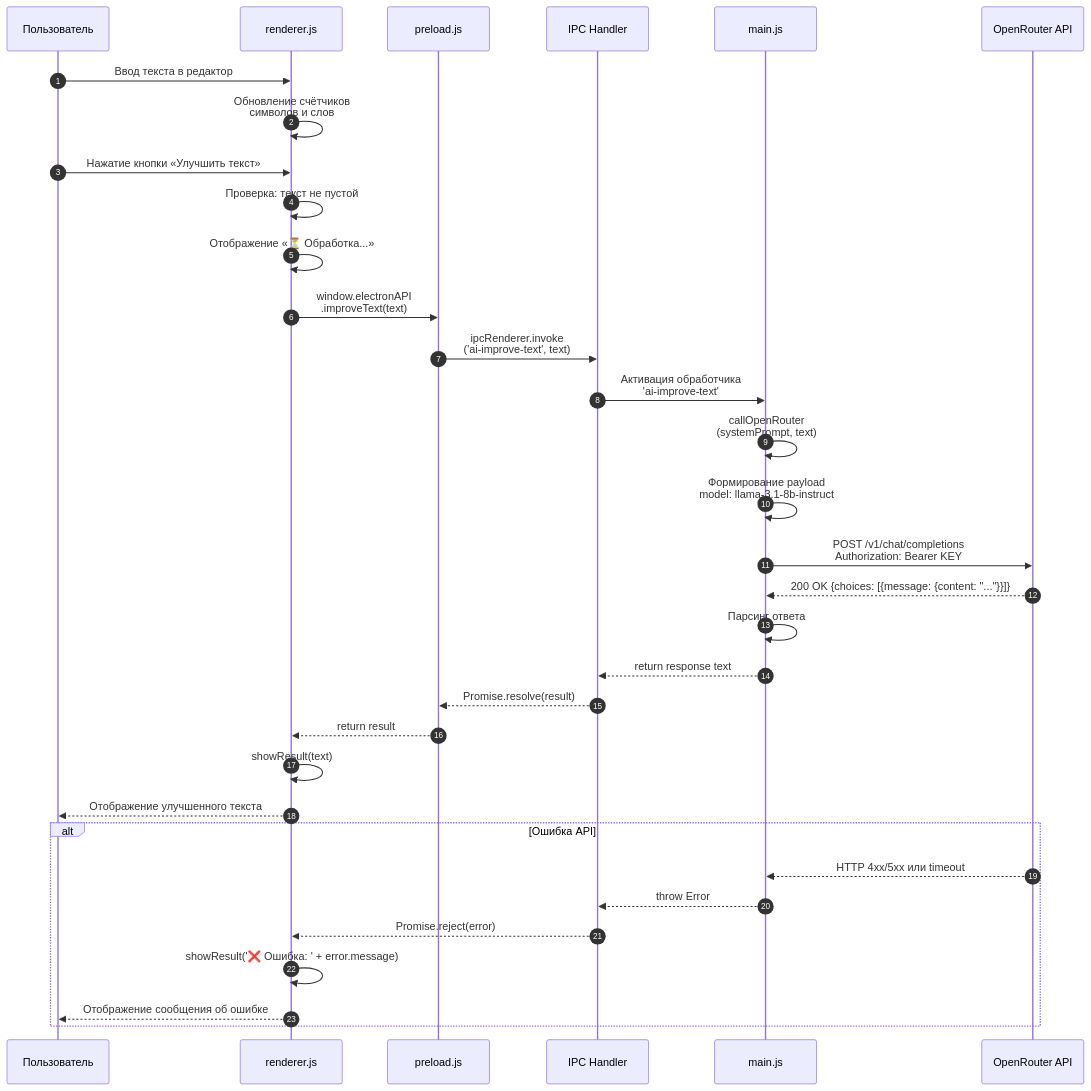
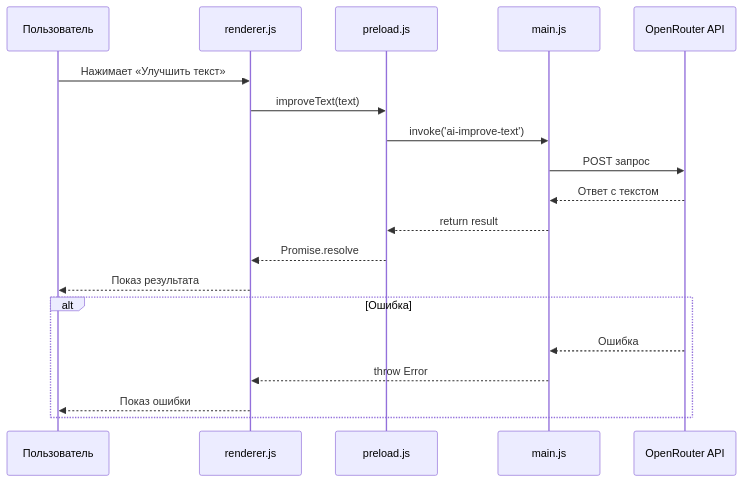
One commit to belyyf/------------- changed the first of 3 diagrams in docs/diagram.md. Above: the diagram before and after it, drawn with Mermaid.

Commit message:
docs: simplify sequence diagram

````diff
--- a/docs/diagram.md
+++ b/docs/diagram.md
@@ -5,42 +5,23 @@
 ```mermaid
 sequenceDiagram
-    autonumber
     participant U as Пользователь
-    participant Renderer as renderer.js
-    participant Preload as preload.js
-    participant IPC as IPC Handler
-    participant Main as main.js
-    participant API as OpenRouter API
+    participant R as renderer.js
+    participant P as preload.js
+    participant M as main.js
+    participant A as OpenRouter API
 
-    U->>Renderer: Ввод текста в редактор
-    Renderer->>Renderer: Обновление счётчиков<br/>символов и слов
+    U->>R: Нажимает «Улучшить текст»
+    R->>P: improveText(text)
+    P->>M: invoke('ai-improve-text')
+    M->>A: POST запрос
+    A-->>M: Ответ с текстом
+    M-->>P: return result
+    P-->>R: Promise.resolve
+    R-->>U: Показ результата
 
-    U->>Renderer: Нажатие кнопки «Улучшить текст»
-    Renderer->>Renderer: Проверка: текст не пустой
-    Renderer->>Renderer: Отображение «⏳ Обработка...»
-
-    Renderer->>Preload: window.electronAPI<br/>.improveText(text)
-    Preload->>IPC: ipcRenderer.invoke<br/>('ai-improve-text', text)
-    IPC->>Main: Активация обработчика<br/>'ai-improve-text'
-
-    Main->>Main: callOpenRouter<br/>(systemPrompt, text)
-    Main->>Main: Формирование payload<br/>model: llama-3.1-8b-instruct
-
-    Main->>API: POST /v1/chat/completions<br/>Authorization: Bearer KEY
-    API-->>Main: 200 OK {choices: [{message: {content: "..."}}]}
-
-    Main->>Main: Парсинг ответа
-    Main-->>IPC: return response text
-    IPC-->>Preload: Promise.resolve(result)
-    Preload-->>Renderer: return result
-    Renderer->>Renderer: showResult(text)
-    Renderer-->>U: Отображение улучшенного текста
-
-    alt Ошибка API
-        API-->>Main: HTTP 4xx/5xx или timeout
-        Main-->>IPC: throw Error
-        IPC-->>Renderer: Promise.reject(error)
-        Renderer->>Renderer: showResult('❌ Ошибка: ' + error.message)
-        Renderer-->>U: Отображение сообщения об ошибке
+    alt Ошибка
+        A-->>M: Ошибка
+        M-->>R: throw Error
+        R-->>U: Показ ошибки
     end
 ```
````
